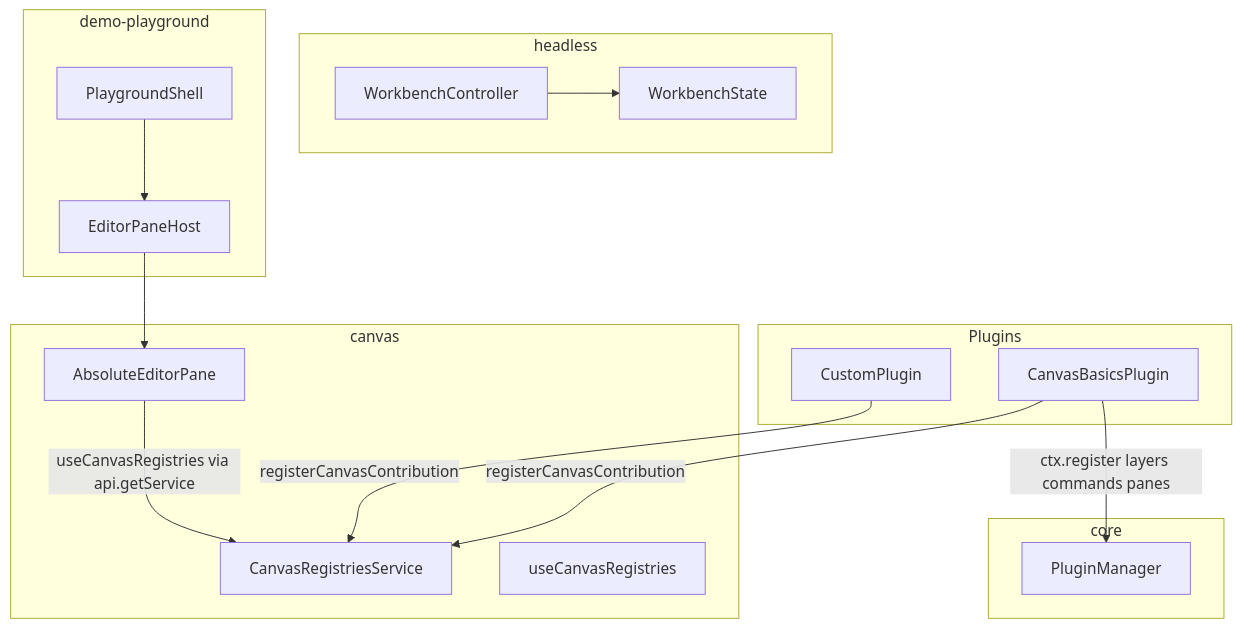
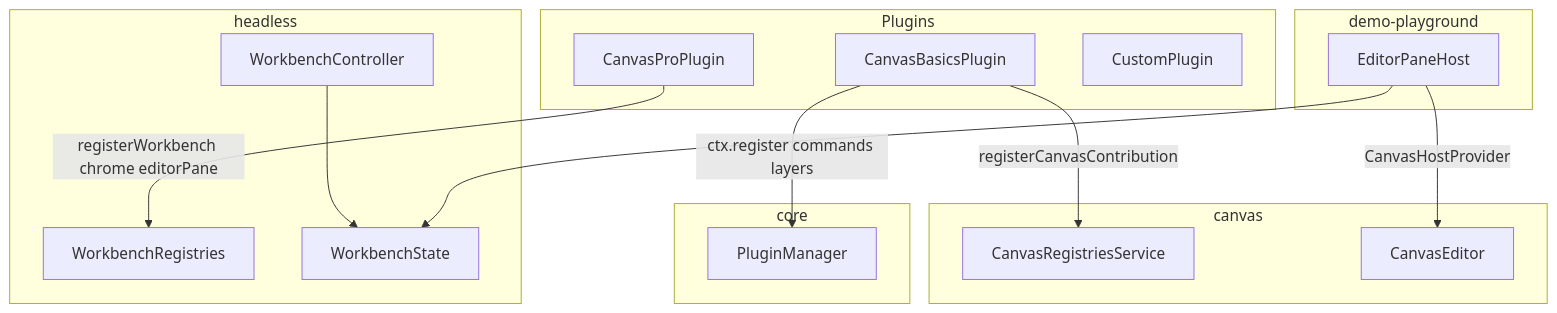
Before and after one commit to openenvx/editor: the first of 2 diagrams in Architecture.md, drawn with Mermaid. The commit also changed other lines of this file and 93 other files, not shown here.

First line of the commit message:
Refactor canvas architecture and update dependencies

````diff
--- a/Architecture.md
+++ b/Architecture.md
@@ -56,30 +59,29 @@
 ```mermaid
 flowchart TB
   subgraph plugins [Plugins]
     CanvasBasics[CanvasBasicsPlugin]
+    CanvasPro[CanvasProPlugin]
     Custom[CustomPlugin]
   end
   subgraph canvasPkg [canvas]
     Registries[CanvasRegistriesService]
-    Hooks[useCanvasRegistries]
-    EditorPanes[AbsoluteEditorPane]
+    CanvasEditor[CanvasEditor]
   end
   subgraph coreHost [core]
     PluginHost[PluginManager]
   end
   subgraph headlessPkg [headless]
+    WbRegs[WorkbenchRegistries]
     Controller[WorkbenchController]
     State[WorkbenchState]
   end
   subgraph app [demo-playground]
-    Shell[PlaygroundShell]
     PaneHost[EditorPaneHost]
   end
-  CanvasBasics -->|ctx.register layers commands panes| PluginHost
+  CanvasBasics -->|ctx.register commands layers| PluginHost
   CanvasBasics -->|registerCanvasContribution| Registries
-  Custom -->|registerCanvasContribution| Registries
+  CanvasPro -->|registerWorkbench chrome editorPane| WbRegs
   Controller --> State
-  EditorPanes -->|useCanvasRegistries via api.getService| Registries
-  Shell --> PaneHost
-  PaneHost --> EditorPanes
+  PaneHost -->|CanvasHostProvider| CanvasEditor
+  PaneHost --> State
 ```
````
